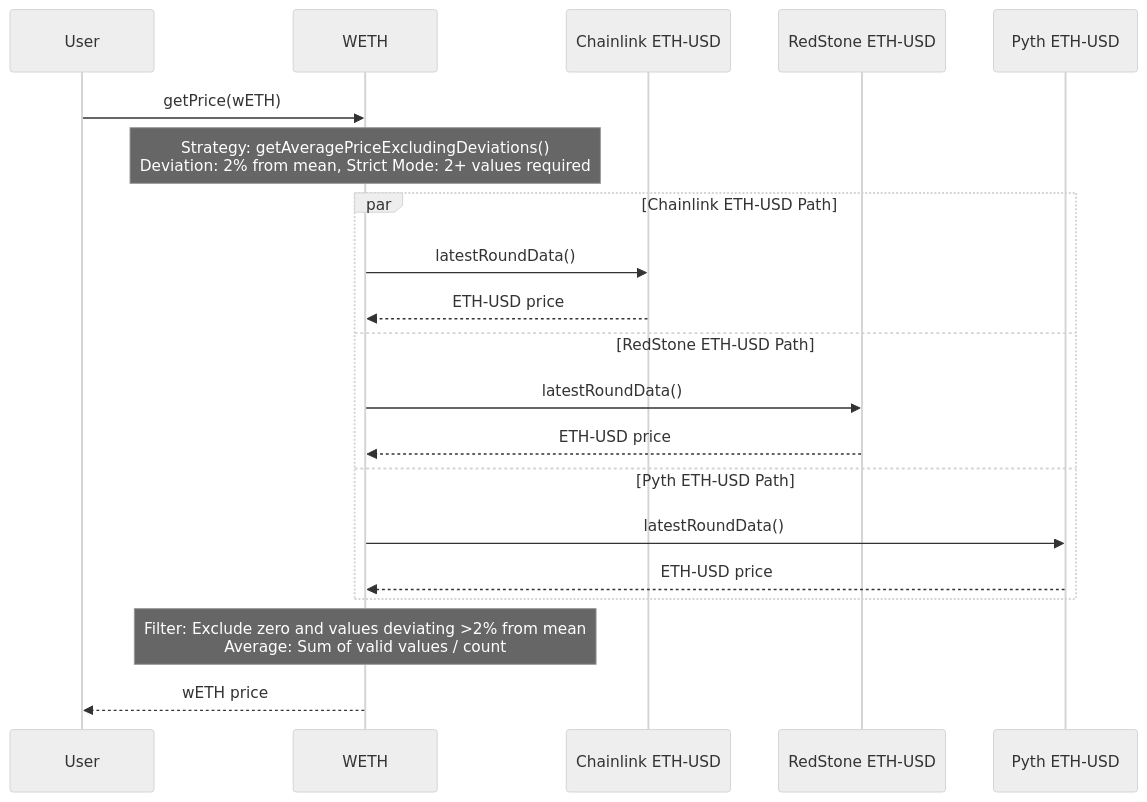
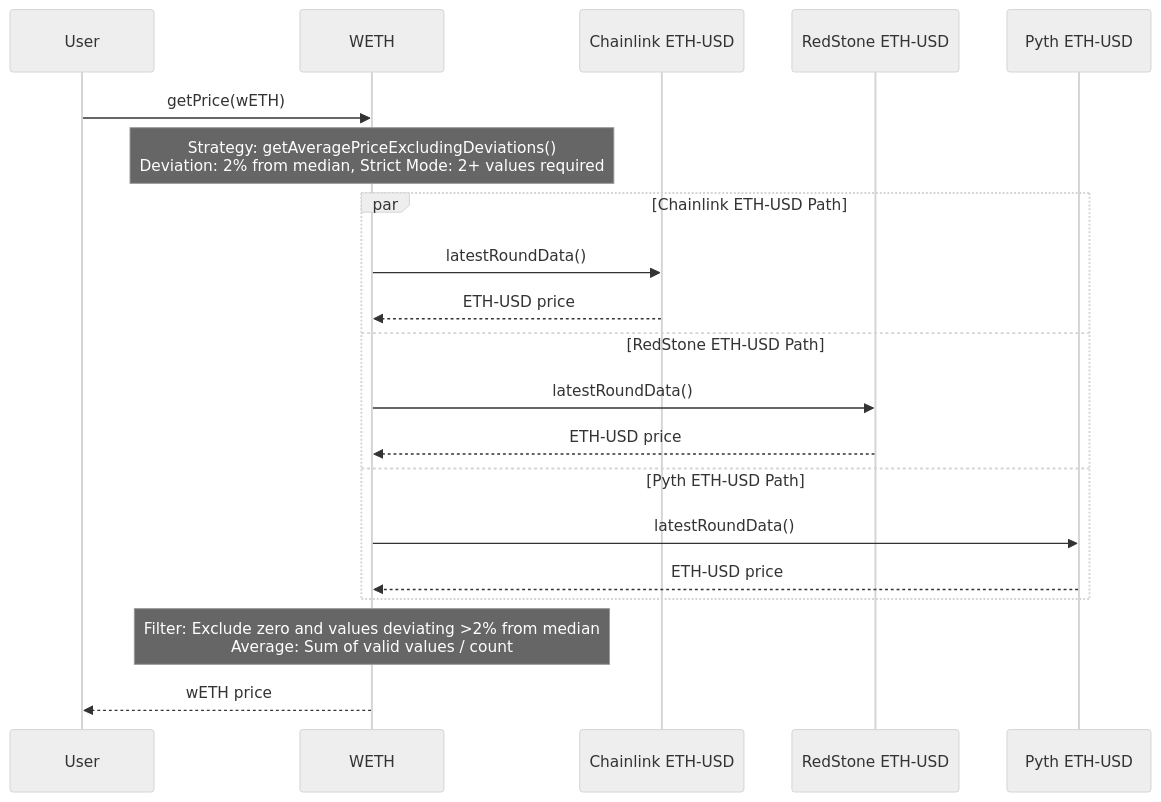
The first of 3 diagrams in documentation/price.md (OlympusDAO/olympus-v3), drawn with Mermaid (neutral theme) before and after one commit. The commit also changed other lines of this file, not shown here.

First line of the commit message:
docs(price): correct deviation benchmark from "mean" to "median"

````diff
--- a/documentation/price.md
+++ b/documentation/price.md
@@ -41,26 +41,26 @@
 ```mermaid
 sequenceDiagram
     participant User
     participant WETH
     participant CL_ETH as Chainlink ETH-USD
     participant RS_ETH as RedStone ETH-USD
     participant Pyth_ETH as Pyth ETH-USD
 
     User->>WETH: getPrice(wETH)
 
-    Note over WETH: Strategy: getAveragePriceExcludingDeviations()<br/>Deviation: 2% from mean, Strict Mode: 2+ values required
+    Note over WETH: Strategy: getAveragePriceExcludingDeviations()<br/>Deviation: 2% from median, Strict Mode: 2+ values required
 
     par Chainlink ETH-USD Path
         WETH->>CL_ETH: latestRoundData()
         CL_ETH-->>WETH: ETH-USD price
     and RedStone ETH-USD Path
         WETH->>RS_ETH: latestRoundData()
         RS_ETH-->>WETH: ETH-USD price
     and Pyth ETH-USD Path
         WETH->>Pyth_ETH: latestRoundData()
         Pyth_ETH-->>WETH: ETH-USD price
     end
 
-    Note over WETH: Filter: Exclude zero and values deviating >2% from mean<br/>Average: Sum of valid values / count
+    Note over WETH: Filter: Exclude zero and values deviating >2% from median<br/>Average: Sum of valid values / count
     WETH-->>User: wETH price
 ```
````
